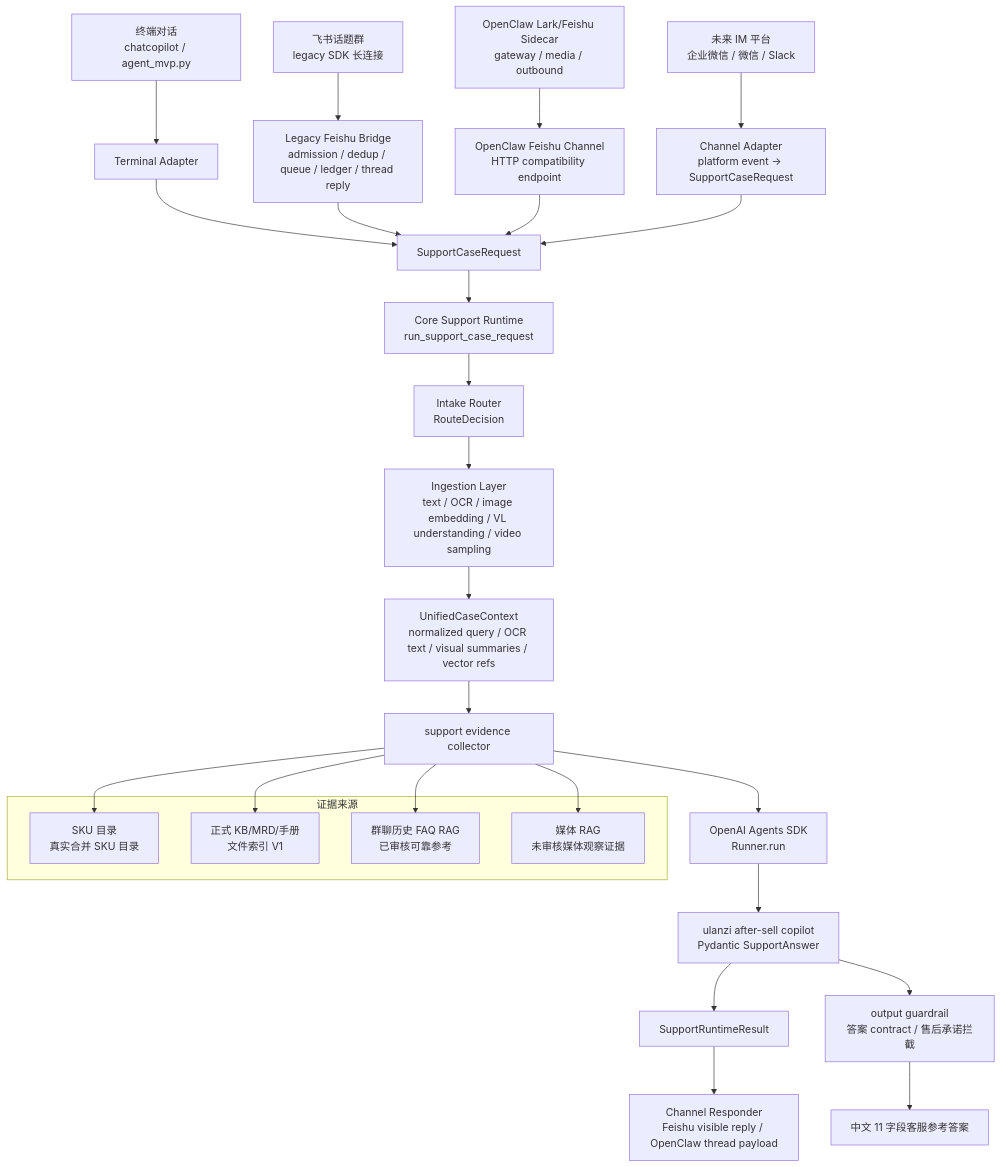
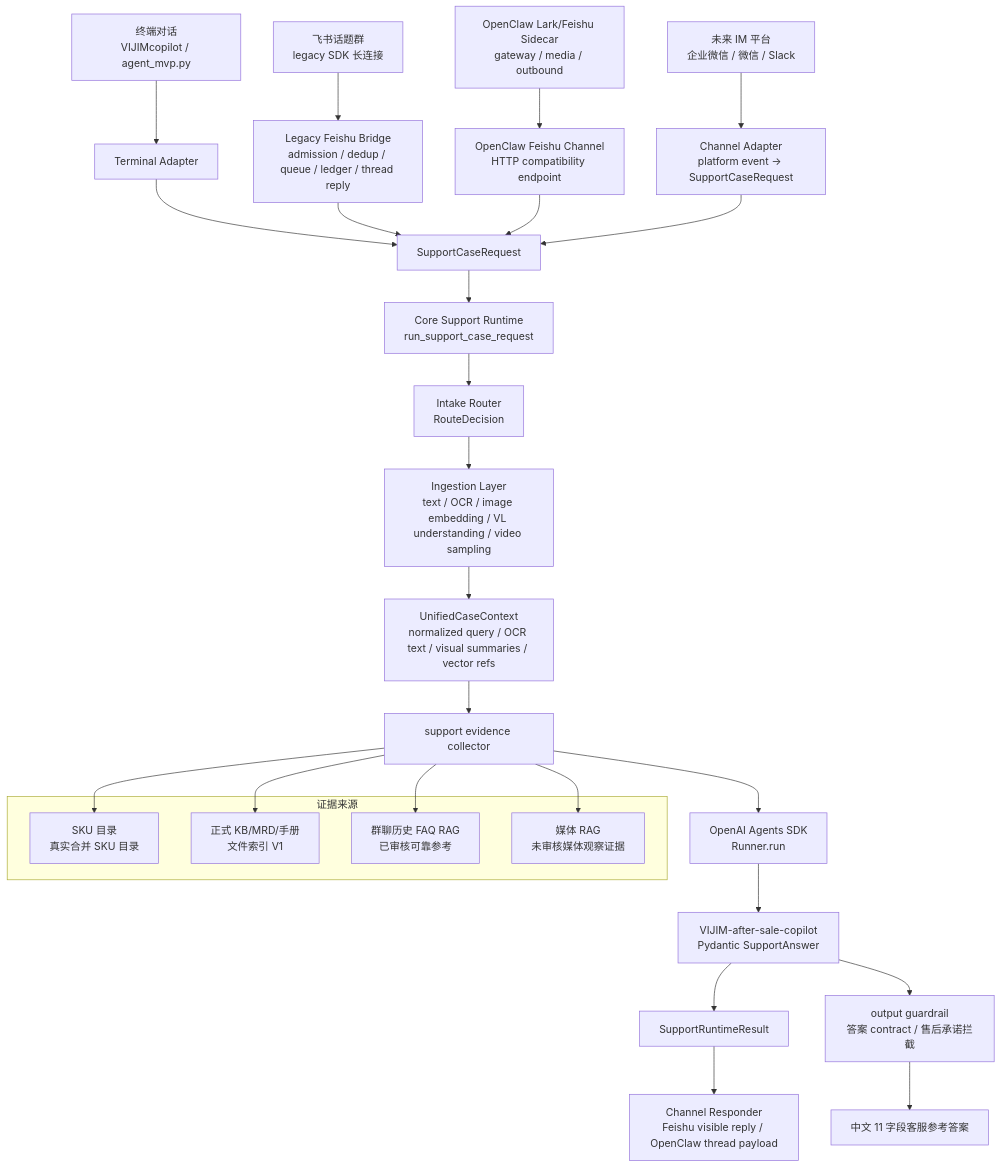
The diagram in docs/architecture.md (ccchenhuohuo/after-sale-ai-agent), drawn with Mermaid before and after one commit. The commit also changed 58 other files, not shown here.

````diff
--- a/docs/architecture.md
+++ b/docs/architecture.md
@@ -13,36 +13,36 @@
 ```mermaid
 flowchart TB
-    terminal["终端对话<br/>chatcopilot / agent_mvp.py"] --> terminal_adapter["Terminal Adapter"]
+    terminal["终端对话<br/>VIJIMcopilot / agent_mvp.py"] --> terminal_adapter["Terminal Adapter"]
     legacy_feishu["飞书话题群<br/>legacy SDK 长连接"] --> legacy_bridge["Legacy Feishu Bridge<br/>admission / dedup / queue / ledger / thread reply"]
     openclaw["OpenClaw Lark/Feishu Sidecar<br/>gateway / media / outbound"] --> openclaw_channel["OpenClaw Feishu Channel<br/>HTTP compatibility endpoint"]
     future_im["未来 IM 平台<br/>企业微信 / 微信 / Slack"] --> future_channel["Channel Adapter<br/>platform event -> SupportCaseRequest"]
 
     terminal_adapter --> request["SupportCaseRequest"]
     legacy_bridge --> request
     openclaw_channel --> request
     future_channel --> request
 
     request --> runtime["Core Support Runtime<br/>run_support_case_request"]
     runtime --> intake["Intake Router<br/>RouteDecision"]
     intake --> ingestion["Ingestion Layer<br/>text / OCR / image embedding / VL understanding / video sampling"]
     ingestion --> context["UnifiedCaseContext<br/>normalized query / OCR text / visual summaries / vector refs"]
     context --> evidence["support evidence collector"]
     evidence --> agent_runner["OpenAI Agents SDK<br/>Runner.run"]
-    agent_runner --> copilot["ulanzi after-sell copilot<br/>Pydantic SupportAnswer"]
+    agent_runner --> copilot["VIJIM-after-sale-copilot<br/>Pydantic SupportAnswer"]
     copilot --> runtime_result["SupportRuntimeResult"]
     runtime_result --> feishu_reply["Channel Responder<br/>Feishu visible reply / OpenClaw thread payload"]
 
     subgraph evidence_sources["证据来源"]
         sku["SKU 目录<br/>真实合并 SKU 目录"]
         official["正式 KB/MRD/手册<br/>文件索引 V1"]
         history["群聊历史 FAQ RAG<br/>已审核可靠参考"]
         media["媒体 RAG<br/>未审核媒体观察证据"]
     end
 
     evidence --> sku
     evidence --> official
     evidence --> history
     evidence --> media
     copilot --> guardrail["output guardrail<br/>答案 contract / 售后承诺拦截"]
     guardrail --> answer["中文 11 字段客服参考答案"]
 ```
````
